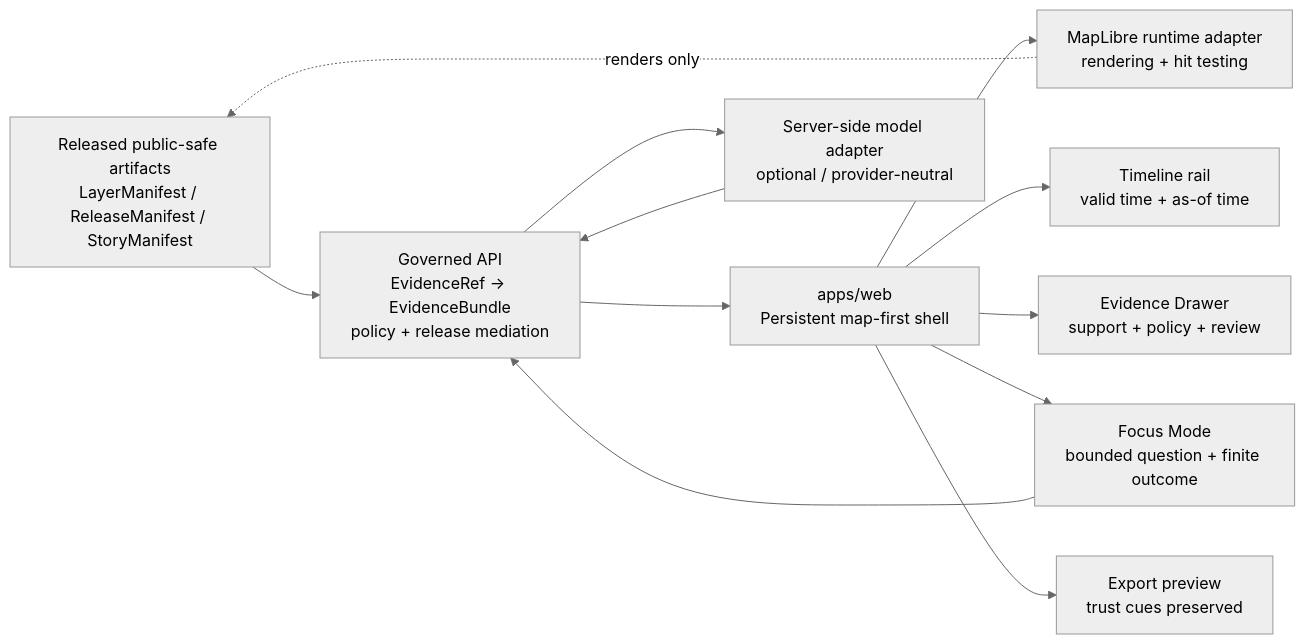
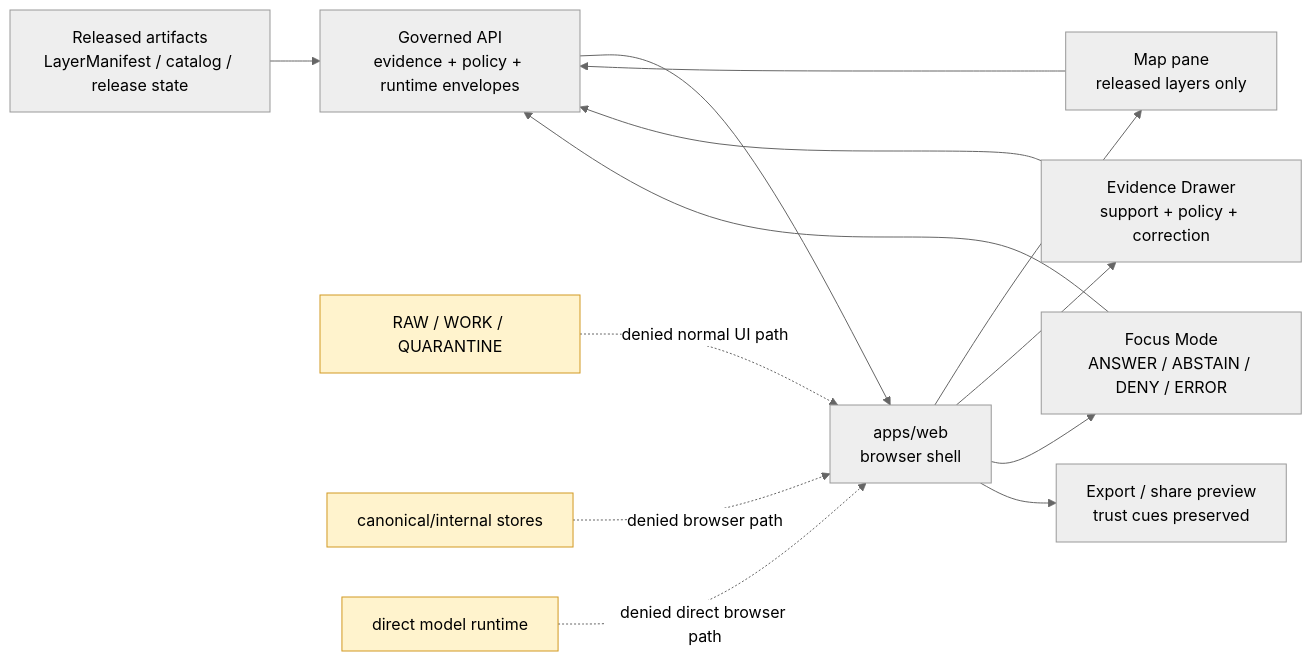
The second of 2 diagrams in apps/web/README.md (bartytime4life/Kansas-Frontier-Matrix), drawn with Mermaid (neutral theme) before and after one commit. The commit also changed other lines of this file, not shown here.

````diff
--- a/apps/web/README.md
+++ b/apps/web/README.md
@@ -207,25 +294,30 @@
 ```mermaid
 flowchart LR
-  Source[Released public-safe artifacts<br/>LayerManifest / ReleaseManifest / StoryManifest]
-  API[Governed API<br/>EvidenceRef → EvidenceBundle<br/>policy + release mediation]
-  Web[apps/web<br/>Persistent map-first shell]
-  Map[MapLibre runtime adapter<br/>rendering + hit testing]
-  Time[Timeline rail<br/>valid time + as-of time]
-  Drawer[Evidence Drawer<br/>support + policy + review]
-  Focus[Focus Mode<br/>bounded question + finite outcome]
-  Export[Export preview<br/>trust cues preserved]
-  Model[Server-side model adapter<br/>optional / provider-neutral]
+  Release["Released artifacts<br/>LayerManifest / catalog / release state"]
+  API["Governed API<br/>evidence + policy + runtime envelopes"]
+  Web["apps/web<br/>browser shell"]
+  Map["Map pane<br/>released layers only"]
+  Drawer["Evidence Drawer<br/>support + policy + correction"]
+  Focus["Focus Mode<br/>ANSWER / ABSTAIN / DENY / ERROR"]
+  Export["Export / share preview<br/>trust cues preserved"]
 
-  Source --> API
-  API --> Web
+  Raw["RAW / WORK / QUARANTINE"]
+  Canonical["canonical/internal stores"]
+  Model["direct model runtime"]
+
+  Release --> API --> Web
   Web --> Map
-  Web --> Time
   Web --> Drawer
   Web --> Focus
   Web --> Export
   Focus --> API
-  API --> Model
-  Model --> API
+  Drawer --> API
+  Map --> API
 
-  Map -. renders only .-> Source
+  Raw -. denied normal UI path .-> Web
+  Canonical -. denied browser path .-> Web
+  Model -. denied direct browser path .-> Web
+
+  classDef denied fill:#fff3cd,stroke:#d29922,stroke-width:1px;
+  class Raw,Canonical,Model denied;
 ```
````
